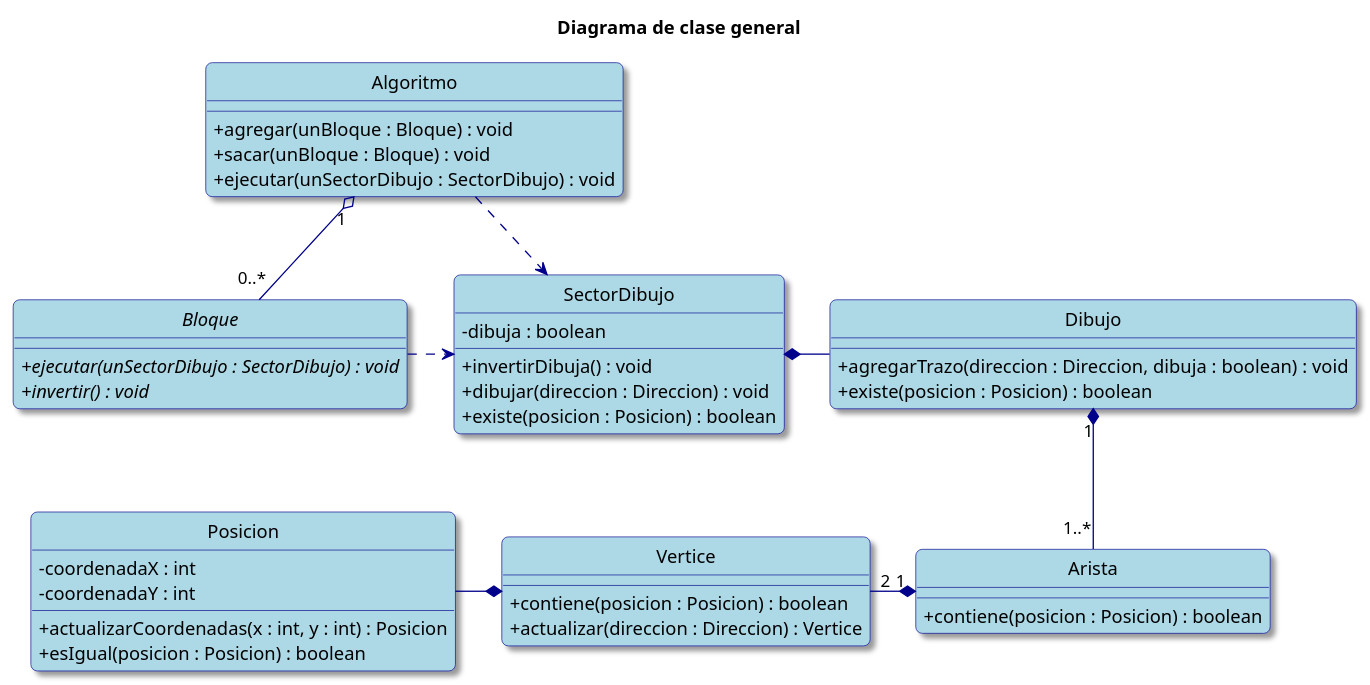
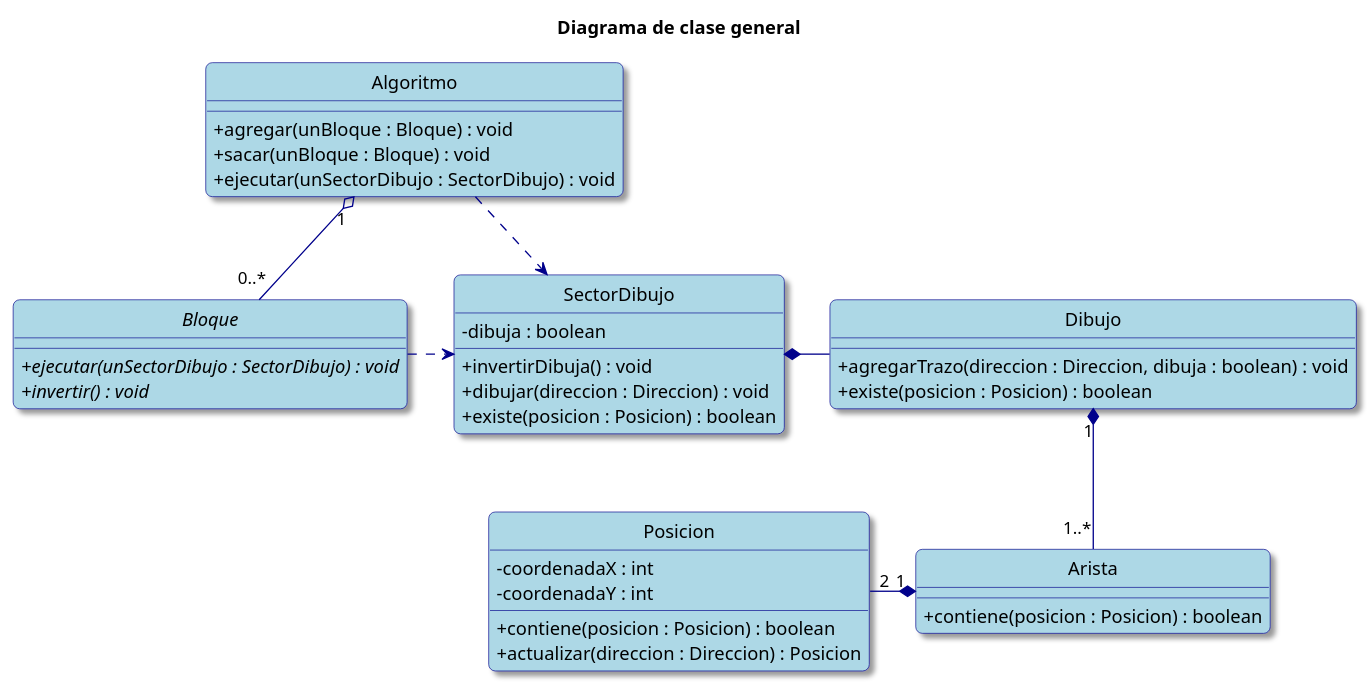
Before and after one commit to valva-ro/Algo3-TP2-AlgoBlocks: the first of 7 diagrams in diagramas-uml.puml, drawn with PlantUML. The commit also changed other lines of this file and 2 other files, not shown here.

```diff
--- a/diagramas-uml.puml
+++ b/diagramas-uml.puml
@@ -1,67 +1,61 @@
 @startuml
 hide circle
 skinparam classAttributeIconSize 0
 skinparam backgroundColor White
 skinparam RoundCorner 10
 skinparam Shadowing true
 
 skinparam class {
     ArrowColor DarkBlue
     BackgroundColor LightBlue
     BorderColor DarkBlue
 }
 
 skinparam note {
     BackgroundColor LightYellow
     BorderColor DarkBlue
 }
 
 title Diagrama de clase general
 
 interface Bloque {
     + {abstract} ejecutar(unSectorDibujo : SectorDibujo) : void
     + {abstract} invertir() : void
 }
 
 class SectorDibujo {
     - dibuja : boolean
     + invertirDibuja() : void
     + dibujar(direccion : Direccion) : void
     + existe(posicion : Posicion) : boolean
 }
 
 class Algoritmo {
     + agregar(unBloque : Bloque) : void
     + sacar(unBloque : Bloque) : void
     + ejecutar(unSectorDibujo : SectorDibujo) : void
 }
 
 class Dibujo {
     + agregarTrazo(direccion : Direccion, dibuja : boolean) : void
     + existe(posicion : Posicion) : boolean
 }
 
 class Arista {
     + contiene(posicion : Posicion) : boolean
 }
 
-class Vertice {
-    + contiene(posicion : Posicion) : boolean
-    + actualizar(direccion : Direccion) : Vertice
-}
-
 class Posicion {
     - coordenadaX : int
     - coordenadaY : int
-    + actualizarCoordenadas(x : int, y : int) : Posicion
-    + esIgual(posicion : Posicion) : boolean
+    + contiene(posicion : Posicion) : boolean
+    + actualizar(direccion : Direccion) : Posicion
 }
 
 Algoritmo "1" o-- "0..*" Bloque
 Algoritmo ..> SectorDibujo
 Bloque ..right> SectorDibujo
 SectorDibujo *--right Dibujo
 Dibujo "1" *-- "1..*" Arista
-Arista "1" *--left "2" Vertice
-Vertice *--left Posicion
+Arista "1" *--left "2" Posicion
 @enduml
```
